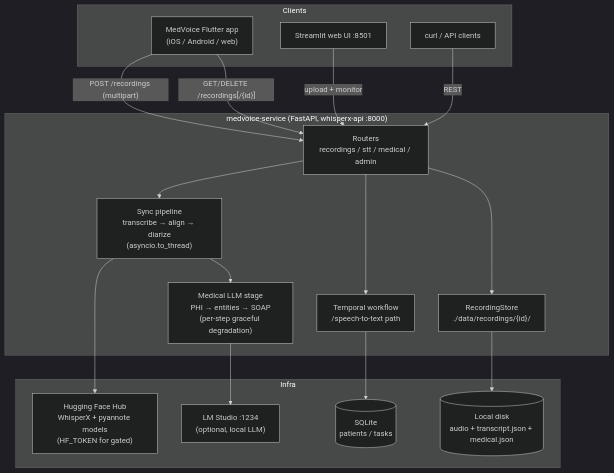
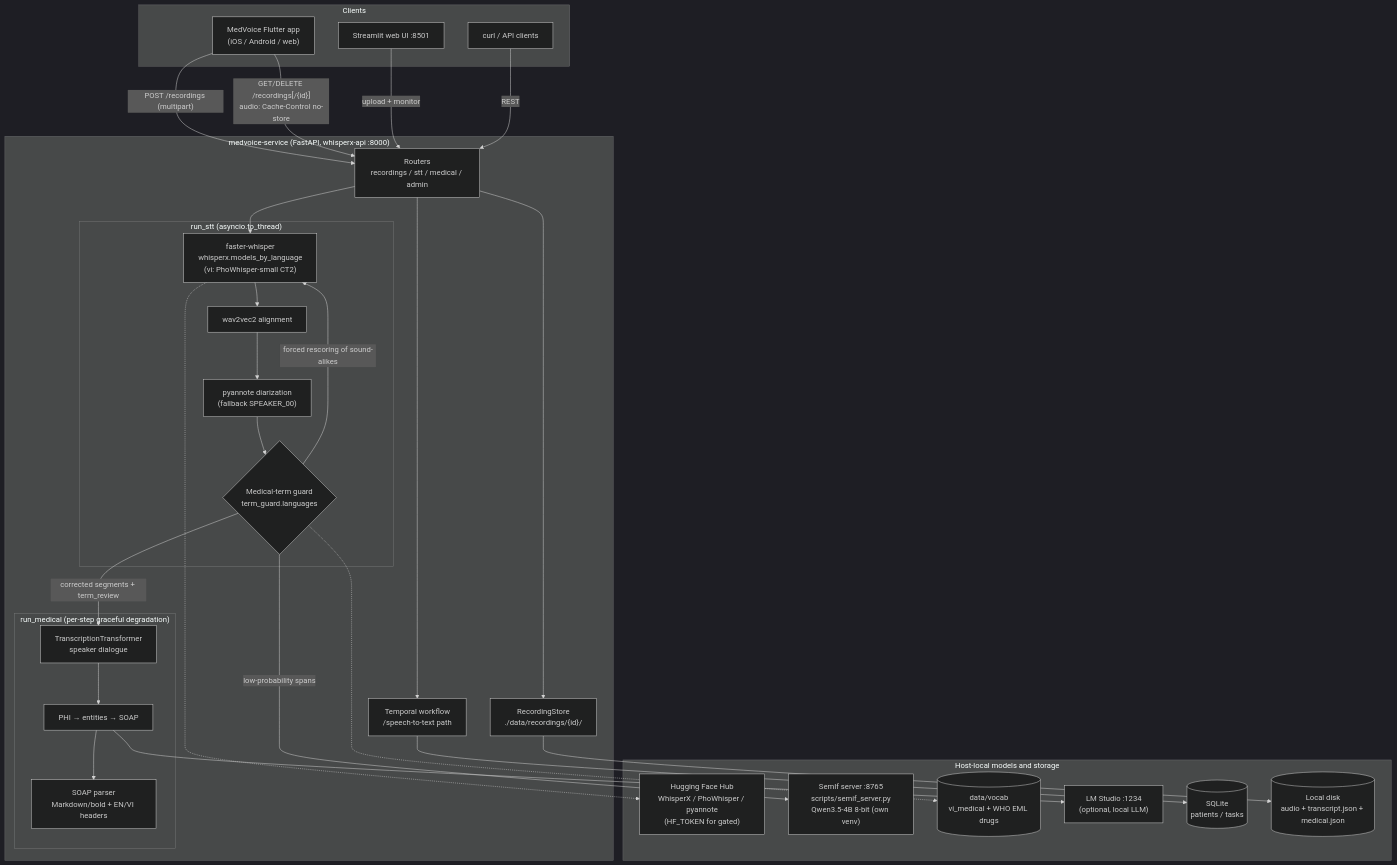
The first of 2 diagrams in README.md (medvoice-research/medvoice-service), drawn with Mermaid (dark theme) before and after one commit. The commit also changed other lines of this file, not shown here.

Commit message:
docs(readme): update system design for medical-term guard and SOAP parsing

````diff
--- a/README.md
+++ b/README.md
@@ -99,37 +101,53 @@
 ```mermaid
 flowchart TD
     subgraph Clients
         App["MedVoice Flutter app<br/>(iOS / Android / web)"]
         Web["Streamlit web UI :8501"]
         Curl["curl / API clients"]
     end
 
     subgraph Backend["medvoice-service (FastAPI, whisperx-api :8000)"]
         Router["Routers<br/>recordings / stt / medical / admin"]
         Store["RecordingStore<br/>./data/recordings/{id}/"]
-        Sync["Sync pipeline<br/>transcribe → align → diarize<br/>(asyncio.to_thread)"]
-        Medical["Medical LLM stage<br/>PHI → entities → SOAP<br/>(per-step graceful degradation)"]
+        subgraph STT["run_stt (asyncio.to_thread)"]
+            ASR["faster-whisper<br/>whisperx.models_by_language<br/>(vi: PhoWhisper-small CT2)"]
+            Align["wav2vec2 alignment"]
+            Diar["pyannote diarization<br/>(fallback SPEAKER_00)"]
+            Guard{"Medical-term guard<br/>term_guard.languages"}
+        end
+        subgraph LLM["run_medical (per-step graceful degradation)"]
+            Dialog["TranscriptionTransformer<br/>speaker dialogue"]
+            Steps["PHI → entities → SOAP"]
+            Parse["SOAP parser<br/>Markdown/bold + EN/VI headers"]
+        end
         Temp["Temporal workflow<br/>/speech-to-text path"]
     end
 
-    subgraph Infra
-        HF["Hugging Face Hub<br/>WhisperX + pyannote models<br/>(HF_TOKEN for gated)"]
+    subgraph Infra["Host-local models and storage"]
+        HF["Hugging Face Hub<br/>WhisperX / PhoWhisper / pyannote<br/>(HF_TOKEN for gated)"]
+        SemIf["SemIf server :8765<br/>scripts/semif_server.py<br/>Qwen3.5-4B 8-bit (own venv)"]
+        Lex[("data/vocab<br/>vi_medical + WHO EML drugs")]
         LMS["LM Studio :1234<br/>(optional, local LLM)"]
         DB[("SQLite<br/>patients / tasks")]
         Disk[("Local disk<br/>audio + transcript.json + medical.json")]
     end
 
     App -->|"POST /recordings (multipart)"| Router
-    App -->|"GET/DELETE /recordings[/{id}]"| Router
+    App -->|"GET/DELETE /recordings[/{id}]<br/>audio: Cache-Control no-store"| Router
     Web -->|"upload + monitor"| Router
     Curl -->|"REST"| Router
 
     Router --> Store
-    Router --> Sync
-    Sync --> Medical
-    Sync --> HF
-    Medical --> LMS
+    Router --> ASR
+    ASR --> Align --> Diar --> Guard
+    ASR -.-> HF
+    Guard -->|"low-probability spans"| SemIf
+    Guard -->|"forced rescoring of sound-alikes"| ASR
+    Guard -.-> Lex
+    Guard -->|"corrected segments + term_review"| Dialog
+    Dialog --> Steps --> Parse
+    Steps --> LMS
     Store --> Disk
     Router --> Temp
     Temp --> DB
 ```
````
